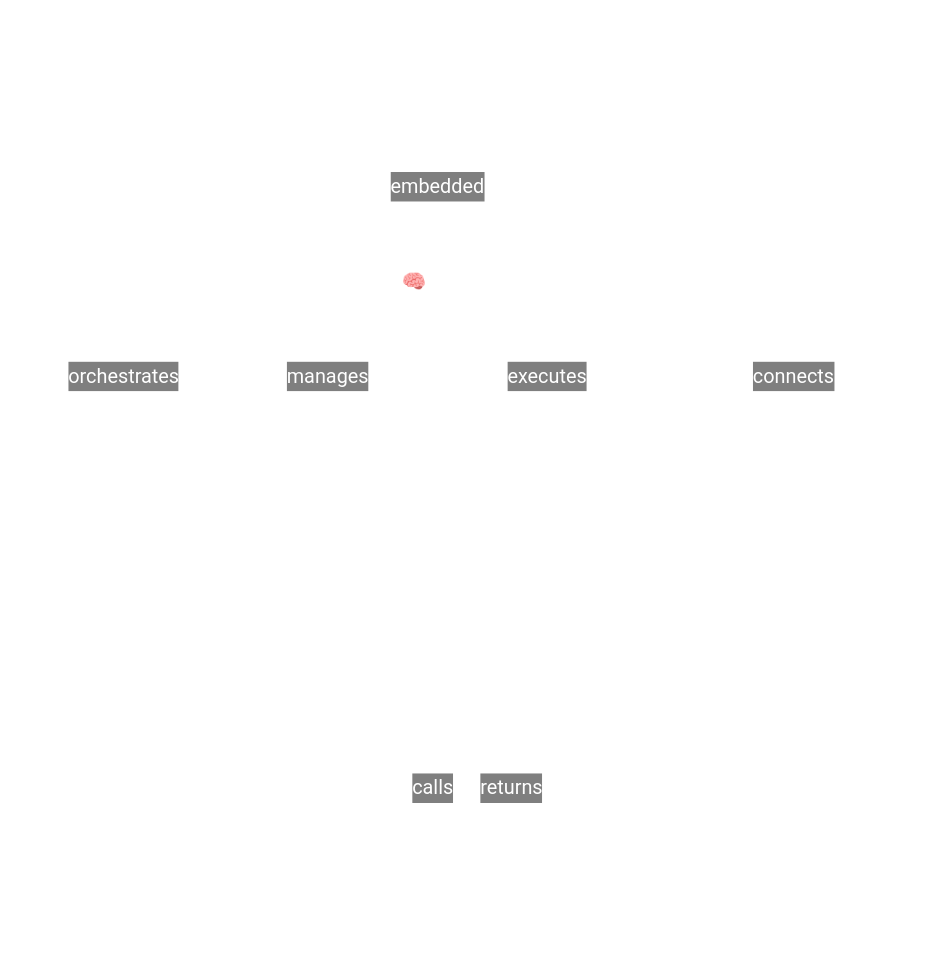
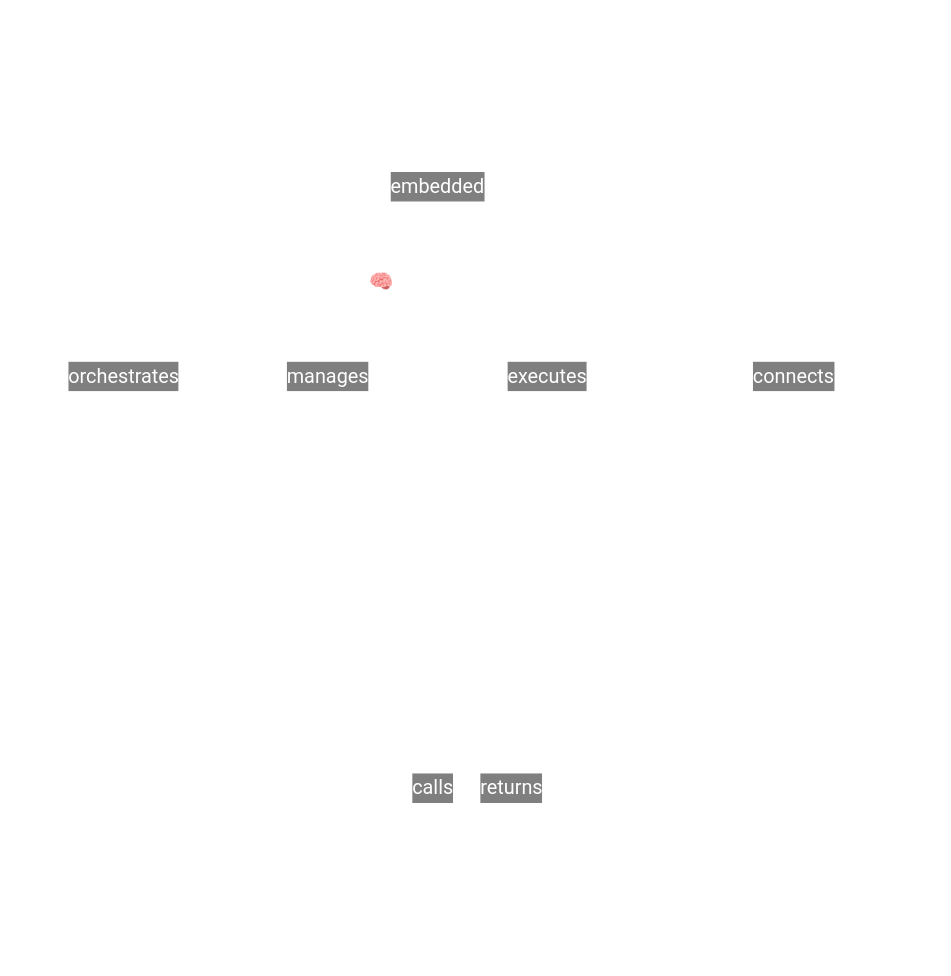
The first of 17 diagrams in website/docs/index.md (gitpavleenbali/PYAI), drawn with Mermaid before and after one commit. The commit also changed other lines of this file and 455 other files, not shown here.

First line of the commit message:
chore: rename package from pyai to openstackai

````diff
--- a/website/docs/index.md
+++ b/website/docs/index.md
@@ -41,16 +41,16 @@
 ```mermaid
 %%{init: {'theme': 'base', 'themeVariables': { 'primaryColor': 'transparent', 'primaryTextColor': '#ffffff', 'primaryBorderColor': '#ffffff', 'lineColor': '#ffffff', 'secondaryColor': 'transparent', 'tertiaryColor': 'transparent', 'background': 'transparent', 'mainBkg': 'transparent', 'nodeBorder': '#ffffff', 'clusterBkg': 'transparent', 'clusterBorder': '#ffffff', 'titleColor': '#ffffff', 'edgeLabelBackground': 'transparent', 'nodeTextColor': '#ffffff'}}}%%
 flowchart LR
     subgraph Traditional["Traditional AI Libraries"]
         A["Your Code"] -->|calls| B["AI API"]
         B -->|returns| A
     end
     
-    subgraph PYAI["PYAI Intelligence Engine"]
-        C["Application"] <-->|embedded| D["🧠 PYAI"]
+    subgraph openstackai["openstackai Intelligence Engine"]
+        C["Application"] <-->|embedded| D["🧠 openstackai"]
         D <-->|orchestrates| E["Agents"]
         D <-->|manages| F["Memory"]
         D <-->|executes| G["Workflows"]
         D -->|connects| H["LLM Providers"]
     end
 ```
````
